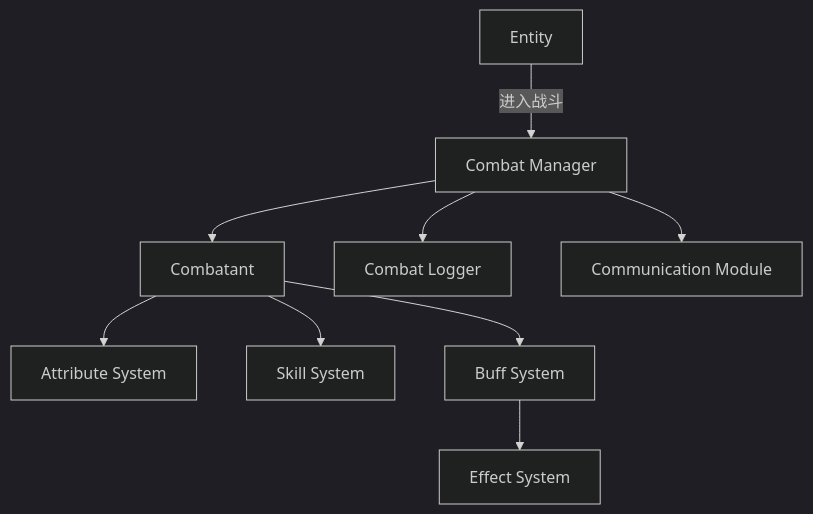
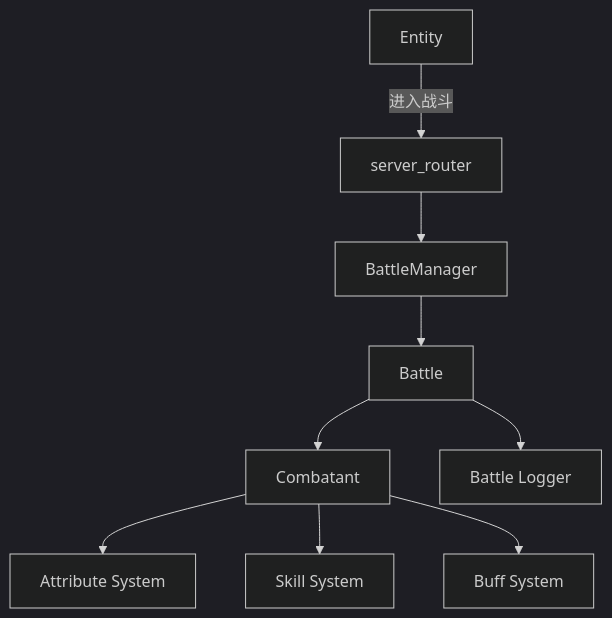
The diagram in README.md (Winston-Tao/Prometheus), drawn with Mermaid (dark theme) before and after one commit. The commit also changed other lines of this file, not shown here.

Commit message:
Update README.md
设计文档修改

````diff
--- a/README.md
+++ b/README.md
@@ -20,11 +20,12 @@
 ```mermaid
 graph TD
-    A[Entity] -->|进入战斗| B[Combat Manager]
-    B --> C[Combatant]
-    C --> D[Attribute System]
-    C --> E[Skill System]
-    C --> F[Buff System]
-    F --> G[Effect System]
-    B --> H[Combat Logger]
-    B --> I[Communication Module]
+
+    A[Entity] -->|进入战斗| B[server_router]
+    B --> C[BattleManager]
+    C --> Y[Battle]
+    Y --> D[Combatant]
+    D --> E[Attribute System]
+    D --> F[Skill System]
+    D --> G[Buff System]
+    Y --> H[Battle Logger]
 ```
````
